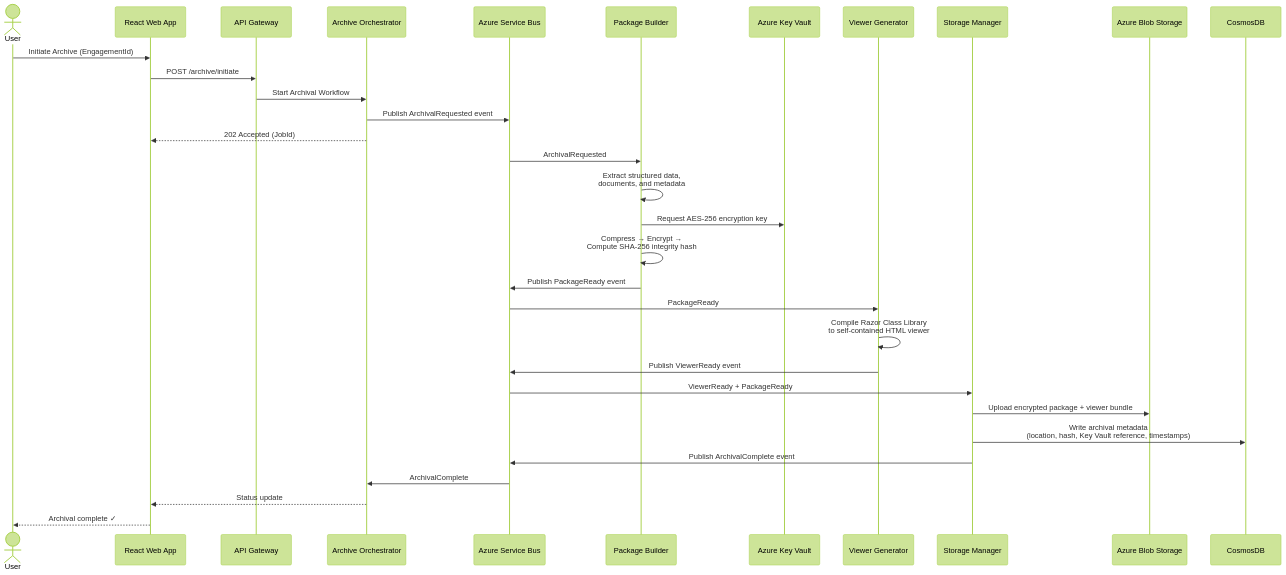
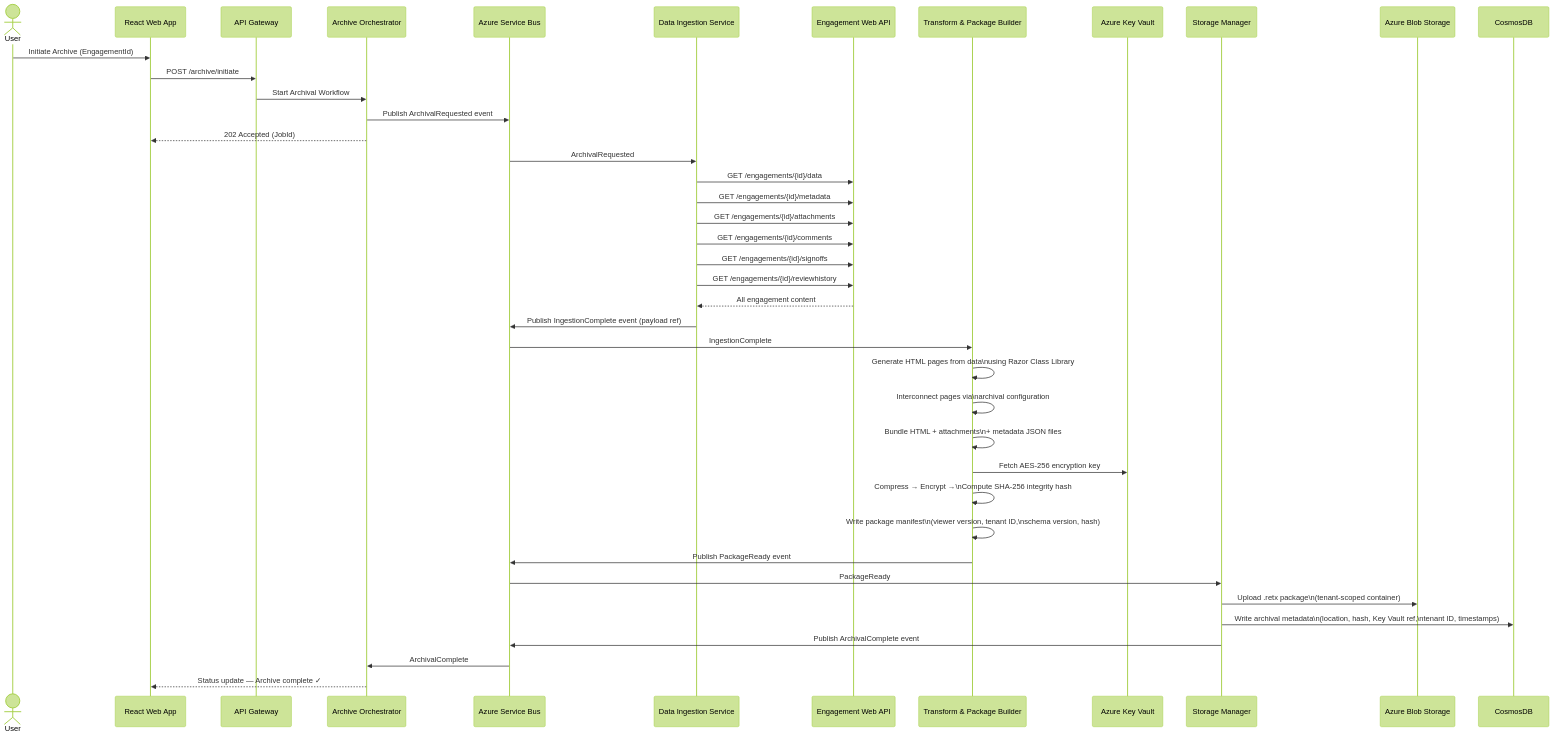
The second of 7 diagrams in case-studies/1. engagement-archiving-solution.md (anoopnadakkara/professional-profile), drawn with Mermaid (forest theme) before and after one commit. The commit also changed other lines of this file and 1 other file, not shown here.

Commit message:
update arcive structure and add timeline

````diff
--- a/case-studies/1. engagement-archiving-solution.md
+++ b/case-studies/1. engagement-archiving-solution.md
@@ -110,39 +123,48 @@
 ```mermaid
 sequenceDiagram
     actor User
     participant React as React Web App
     participant Gateway as API Gateway
     participant Orchestrator as Archive Orchestrator
     participant ServiceBus as Azure Service Bus
-    participant PackageBuilder as Package Builder
+    participant Ingestion as Data Ingestion Service
+    participant EngAPI as Engagement Web API
+    participant Transform as Transform & Package Builder
     participant KeyVault as Azure Key Vault
-    participant ViewerGen as Viewer Generator
-    participant StorageMgr as Storage Manager
+    participant Storage as Storage Manager
     participant Blob as Azure Blob Storage
     participant CosmosDB as CosmosDB
 
     User->>React: Initiate Archive (EngagementId)
     React->>Gateway: POST /archive/initiate
     Gateway->>Orchestrator: Start Archival Workflow
     Orchestrator->>ServiceBus: Publish ArchivalRequested event
     Orchestrator-->>React: 202 Accepted (JobId)
 
-    ServiceBus->>PackageBuilder: ArchivalRequested
-    PackageBuilder->>PackageBuilder: Extract structured data,<br/>documents, and metadata
-    PackageBuilder->>KeyVault: Request AES-256 encryption key
-    PackageBuilder->>PackageBuilder: Compress → Encrypt →<br/>Compute SHA-256 integrity hash
-    PackageBuilder->>ServiceBus: Publish PackageReady event
+    ServiceBus->>Ingestion: ArchivalRequested
+    Ingestion->>EngAPI: GET /engagements/{id}/data
+    Ingestion->>EngAPI: GET /engagements/{id}/metadata
+    Ingestion->>EngAPI: GET /engagements/{id}/attachments
+    Ingestion->>EngAPI: GET /engagements/{id}/comments
+    Ingestion->>EngAPI: GET /engagements/{id}/signoffs
+    Ingestion->>EngAPI: GET /engagements/{id}/reviewhistory
+    EngAPI-->>Ingestion: All engagement content
+    Ingestion->>ServiceBus: Publish IngestionComplete event (payload ref)
 
-    ServiceBus->>ViewerGen: PackageReady
-    ViewerGen->>ViewerGen: Compile Razor Class Library<br/>to self-contained HTML viewer
-    ViewerGen->>ServiceBus: Publish ViewerReady event
+    ServiceBus->>Transform: IngestionComplete
+    Transform->>Transform: Generate HTML pages from data\nusing Razor Class Library
+    Transform->>Transform: Interconnect pages via\narchival configuration
+    Transform->>Transform: Bundle HTML + attachments\n+ metadata JSON files
+    Transform->>KeyVault: Fetch AES-256 encryption key
+    Transform->>Transform: Compress → Encrypt →\nCompute SHA-256 integrity hash
+    Transform->>Transform: Write package manifest\n(viewer version, tenant ID,\nschema version, hash)
+    Transform->>ServiceBus: Publish PackageReady event
 
-    ServiceBus->>StorageMgr: ViewerReady + PackageReady
-    StorageMgr->>Blob: Upload encrypted package + viewer bundle
-    StorageMgr->>CosmosDB: Write archival metadata<br/>(location, hash, Key Vault reference, timestamps)
-    StorageMgr->>ServiceBus: Publish ArchivalComplete event
+    ServiceBus->>Storage: PackageReady
+    Storage->>Blob: Upload .retx package\n(tenant-scoped container)
+    Storage->>CosmosDB: Write archival metadata\n(location, hash, Key Vault ref,\ntenant ID, timestamps)
+    Storage->>ServiceBus: Publish ArchivalComplete event
 
     ServiceBus->>Orchestrator: ArchivalComplete
-    Orchestrator-->>React: Status update
-    React-->>User: Archival complete ✓
+    Orchestrator-->>React: Status update — Archive complete ✓
 ```
````
